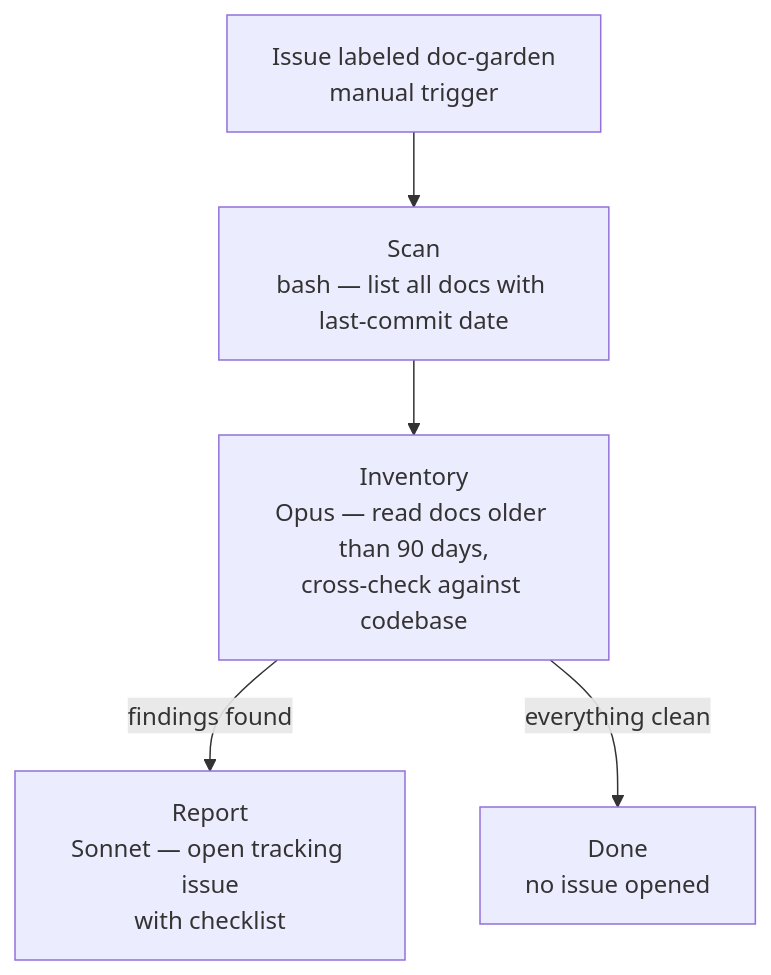
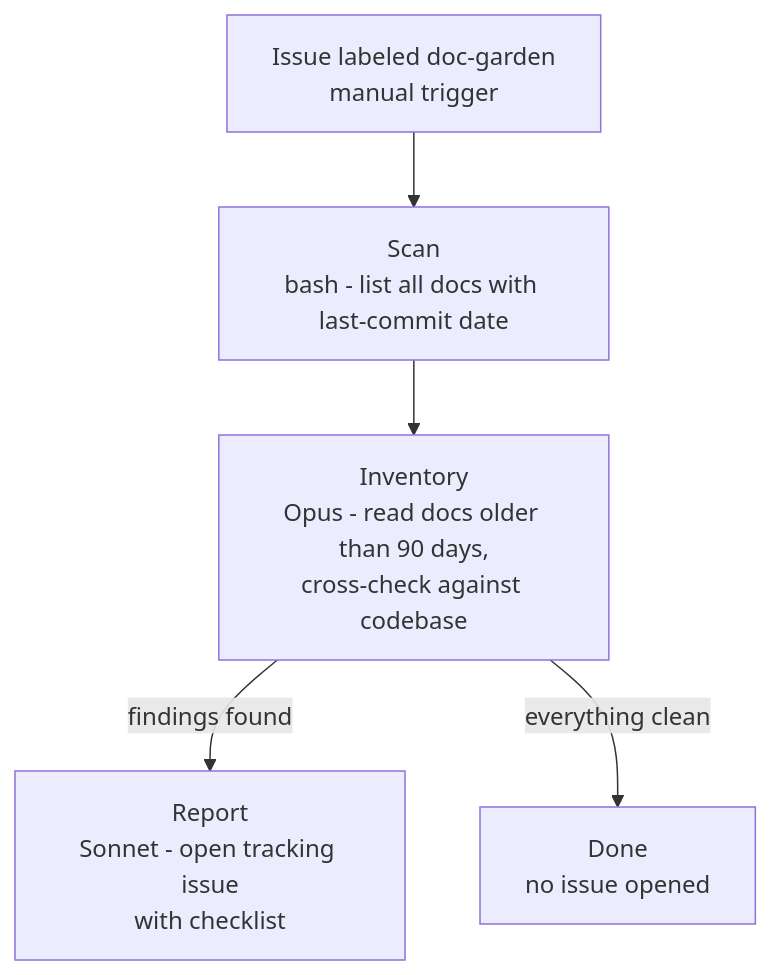
The diagram in src/content/docs/examples/doc-gardening.mdx (skylence-be/docs.skylence.be), drawn with Mermaid before and after one commit. The commit also changed other lines of this file and 48 other files, not shown here.

````diff
--- a/src/content/docs/examples/doc-gardening.mdx
+++ b/src/content/docs/examples/doc-gardening.mdx
@@ -16,7 +16,7 @@
 ```mermaid
 flowchart TD
-    trigger["Issue labeled doc-garden\nmanual trigger"] --> scan["Scan\nbash — list all docs with last-commit date"]
-    scan --> inventory["Inventory\nOpus — read docs older than 90 days,\ncross-check against codebase"]
-    inventory -->|findings found| report["Report\nSonnet — open tracking issue\nwith checklist"]
+    trigger["Issue labeled doc-garden\nmanual trigger"] --> scan["Scan\nbash - list all docs with last-commit date"]
+    scan --> inventory["Inventory\nOpus - read docs older than 90 days,\ncross-check against codebase"]
+    inventory -->|findings found| report["Report\nSonnet - open tracking issue\nwith checklist"]
     inventory -->|everything clean| done["Done\nno issue opened"]
 ```
````
